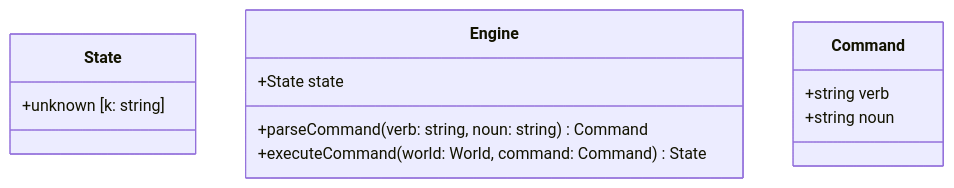
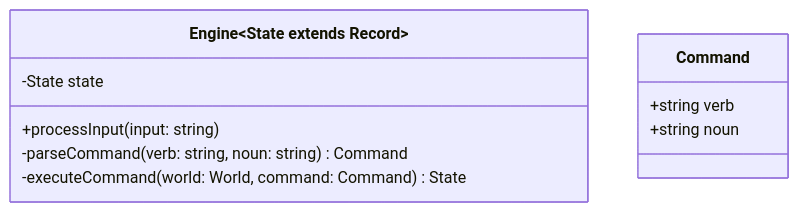
The diagram in README.md (flipactual/text-adventure-experiment), drawn with Mermaid before and after one commit.

````diff
--- a/README.md
+++ b/README.md
@@ -3,15 +3,13 @@
 ```mermaid
 classDiagram
-class State {
-  +unknown [k: string]
-}
-class Engine {
-  +State state
-  +parseCommand(verb: string, noun: string) Command
-  +executeCommand(world: World, command: Command) State
+class Engine~State extends Record~ {
+  -State state
+  +processInput(input: string)
+  -parseCommand(verb: string, noun: string) Command
+  -executeCommand(world: World, command: Command) State
 }
 class Command {
   +string verb
   +string noun
 }
 ```
````
